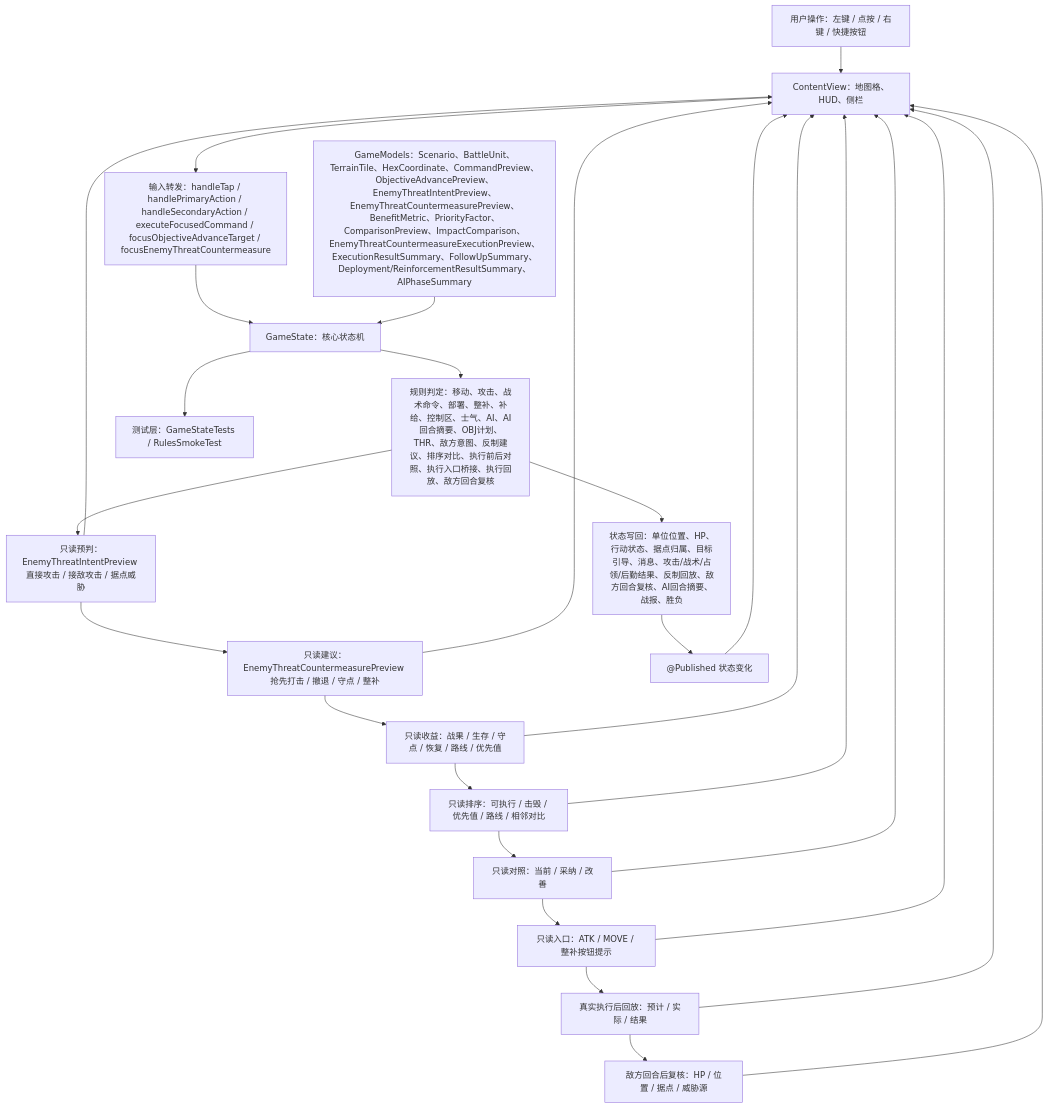
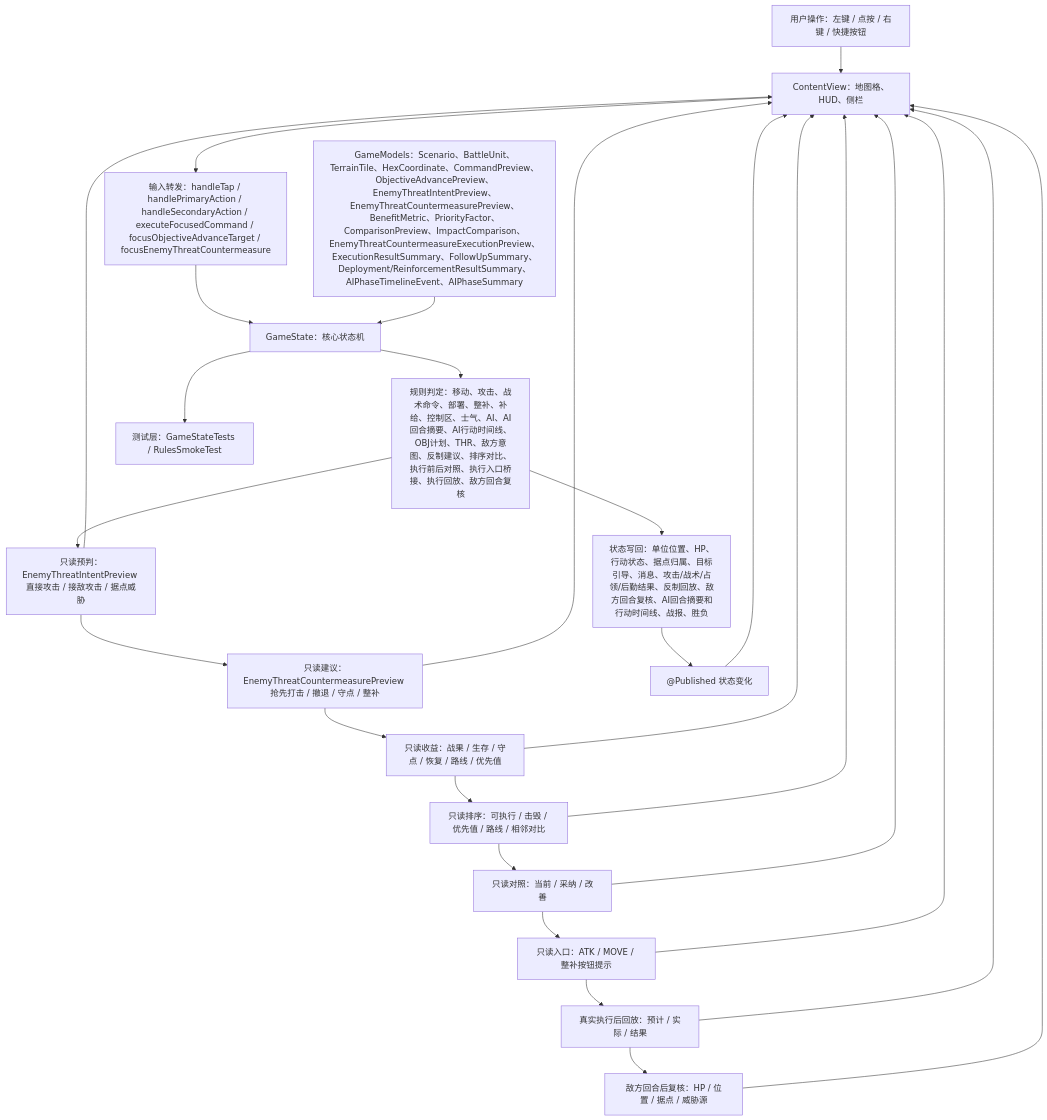
The first of 5 diagrams in md/flow/flowchart.md (Altman-sam114/116), drawn with Mermaid before and after one commit. The commit also changed other lines of this file and 10 other files, not shown here.

````diff
--- a/md/flow/flowchart.md
+++ b/md/flow/flowchart.md
@@ -9,28 +9,28 @@
 ```mermaid
 flowchart TD
   U["用户操作：左键 / 点按 / 右键 / 快捷按钮"] --> V["ContentView：地图格、HUD、侧栏"]
   V --> I["输入转发：handleTap / handlePrimaryAction / handleSecondaryAction / executeFocusedCommand / focusObjectiveAdvanceTarget / focusEnemyThreatCountermeasure"]
   I --> S["GameState：核心状态机"]
-  M["GameModels：Scenario、BattleUnit、TerrainTile、HexCoordinate、CommandPreview、ObjectiveAdvancePreview、EnemyThreatIntentPreview、EnemyThreatCountermeasurePreview、BenefitMetric、PriorityFactor、ComparisonPreview、ImpactComparison、EnemyThreatCountermeasureExecutionPreview、ExecutionResultSummary、FollowUpSummary、Deployment/ReinforcementResultSummary、AIPhaseSummary"] --> S
-  S --> R["规则判定：移动、攻击、战术命令、部署、整补、补给、控制区、士气、AI、AI回合摘要、OBJ计划、THR、敌方意图、反制建议、排序对比、执行前后对照、执行入口桥接、执行回放、敌方回合复核"]
-  R --> W["状态写回：单位位置、HP、行动状态、据点归属、目标引导、消息、攻击/战术/占领/后勤结果、反制回放、敌方回合复核、AI回合摘要、战报、胜负"]
+  M["GameModels：Scenario、BattleUnit、TerrainTile、HexCoordinate、CommandPreview、ObjectiveAdvancePreview、EnemyThreatIntentPreview、EnemyThreatCountermeasurePreview、BenefitMetric、PriorityFactor、ComparisonPreview、ImpactComparison、EnemyThreatCountermeasureExecutionPreview、ExecutionResultSummary、FollowUpSummary、Deployment/ReinforcementResultSummary、AIPhaseTimelineEvent、AIPhaseSummary"] --> S
+  S --> R["规则判定：移动、攻击、战术命令、部署、整补、补给、控制区、士气、AI、AI回合摘要、AI行动时间线、OBJ计划、THR、敌方意图、反制建议、排序对比、执行前后对照、执行入口桥接、执行回放、敌方回合复核"]
+  R --> W["状态写回：单位位置、HP、行动状态、据点归属、目标引导、消息、攻击/战术/占领/后勤结果、反制回放、敌方回合复核、AI回合摘要和行动时间线、战报、胜负"]
   R --> EI["只读预判：EnemyThreatIntentPreview 直接攻击 / 接敌攻击 / 据点威胁"]
   EI --> EC["只读建议：EnemyThreatCountermeasurePreview 抢先打击 / 撤退 / 守点 / 整补"]
   EC --> BM["只读收益：战果 / 生存 / 守点 / 恢复 / 路线 / 优先值"]
   BM --> PC["只读排序：可执行 / 击毁 / 优先值 / 路线 / 相邻对比"]
   PC --> IP["只读对照：当前 / 采纳 / 改善"]
   IP --> EB["只读入口：ATK / MOVE / 整补按钮提示"]
   EB --> XR["真实执行后回放：预计 / 实际 / 结果"]
   XR --> FV["敌方回合后复核：HP / 位置 / 据点 / 威胁源"]
   W --> P["@Published 状态变化"]
   P --> V
   EI --> V
   EC --> V
   BM --> V
   PC --> V
   IP --> V
   EB --> V
   XR --> V
   FV --> V
   S --> T["测试层：GameStateTests / RulesSmokeTest"]
 ```
````
